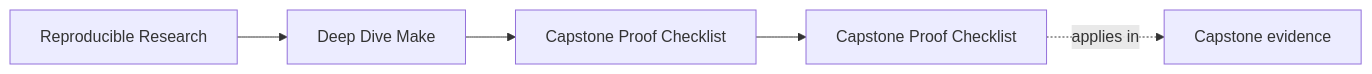
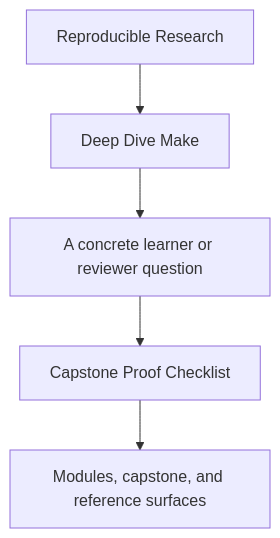
The first of 2 diagrams in programs/reproducible-research/deep-dive-make/course-book/guides/capstone-proof-checklist.md (bijux/bijux-masterclass), drawn with Mermaid before and after one commit. The commit also changed other lines of this file and 29 other files, not shown here.

Commit message:
docs(deep-dive-make): sharpen guide and reference diagrams

````diff
--- a/programs/reproducible-research/deep-dive-make/course-book/guides/capstone-proof-checklist.md
+++ b/programs/reproducible-research/deep-dive-make/course-book/guides/capstone-proof-checklist.md
@@ -9,11 +9,7 @@
 ```mermaid
-graph LR
-  family["Reproducible Research"]
-  program["Deep Dive Make"]
-  section["Capstone Proof Checklist"]
-  page["Capstone Proof Checklist"]
-  capstone["Capstone evidence"]
-
-  family --> program --> section --> page
-  page -.applies in.-> capstone
+flowchart TD
+  family["Reproducible Research"] --> program["Deep Dive Make"]
+  program --> pressure["A concrete learner or reviewer question"]
+  pressure --> guide["Capstone Proof Checklist"]
+  guide --> next["Modules, capstone, and reference surfaces"]
 ```
````
